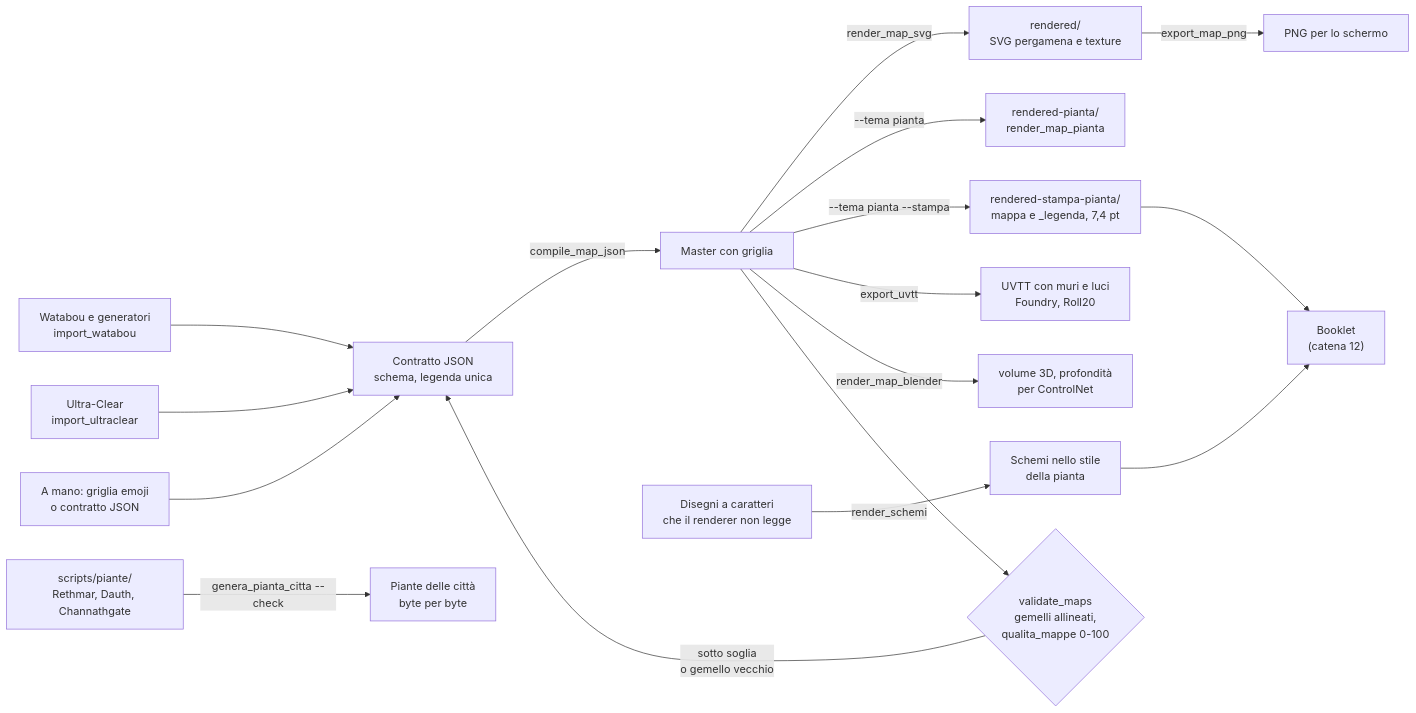
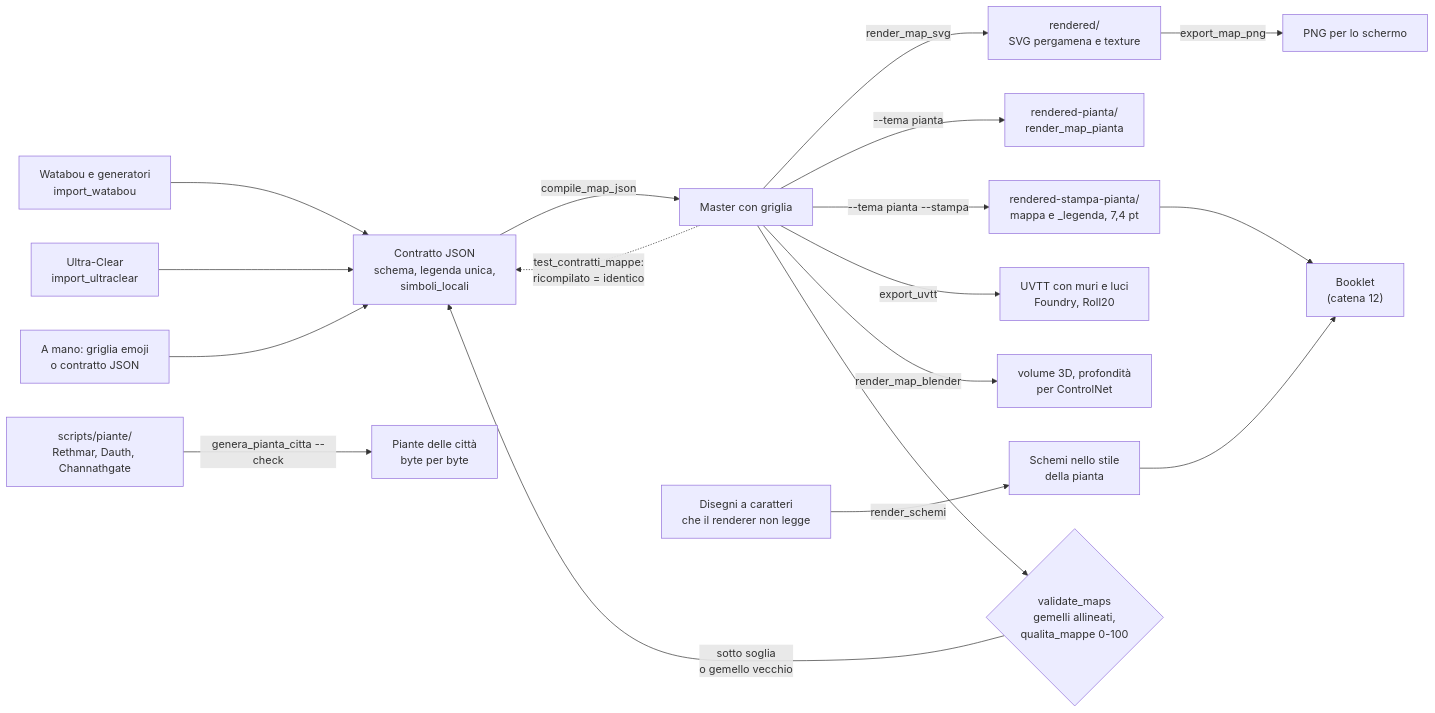
Before and after one commit to gsamuele78/RumblingStone: diagram 18 of 29 in docs/ARCHITETTURA.md, drawn with Mermaid. The commit also changed other lines of this file and 7 other files, not shown here.

````diff
--- a/docs/ARCHITETTURA.md
+++ b/docs/ARCHITETTURA.md
@@ -748,19 +771,20 @@
 ```mermaid
 flowchart LR
     W["Watabou e generatori<br/>import_watabou"] --> J
     U["Ultra-Clear<br/>import_ultraclear"] --> J
     H["A mano: griglia emoji<br/>o contratto JSON"] --> J
-    J["Contratto JSON<br/>schema, legenda unica"] -->|"compile_map_json"| MD["Master con griglia"]
+    J["Contratto JSON<br/>schema, legenda unica,<br/>simboli_locali"] -->|"compile_map_json"| MD["Master con griglia"]
+    MD -. "test_contratti_mappe:<br/>ricompilato = identico" .-> J
     MD -->|"render_map_svg"| SVG["rendered/<br/>SVG pergamena e texture"]
     SVG -->|"export_map_png"| PNG["PNG per lo schermo"]
     MD -->|"--tema pianta"| PIA["rendered-pianta/<br/>render_map_pianta"]
     MD -->|"--tema pianta --stampa"| STP["rendered-stampa-pianta/<br/>mappa e _legenda, 7,4 pt"]
     SCH["Disegni a caratteri<br/>che il renderer non legge"] -->|"render_schemi"| SCS["Schemi nello stile<br/>della pianta"]
     STP --> BK["Booklet<br/>(catena 12)"]
     SCS --> BK
     MD -->|"export_uvtt"| VTT["UVTT con muri e luci<br/>Foundry, Roll20"]
     MD -->|"render_map_blender"| B3D["volume 3D, profondità<br/>per ControlNet"]
     MD --> QM{"validate_maps<br/>gemelli allineati,<br/>qualita_mappe 0-100"}
     QM -->|"sotto soglia<br/>o gemello vecchio"| J
     PC["scripts/piante/<br/>Rethmar, Dauth, Channathgate"] -->|"genera_pianta_citta --check"| CIT["Piante delle città<br/>byte per byte"]
 ```
````
